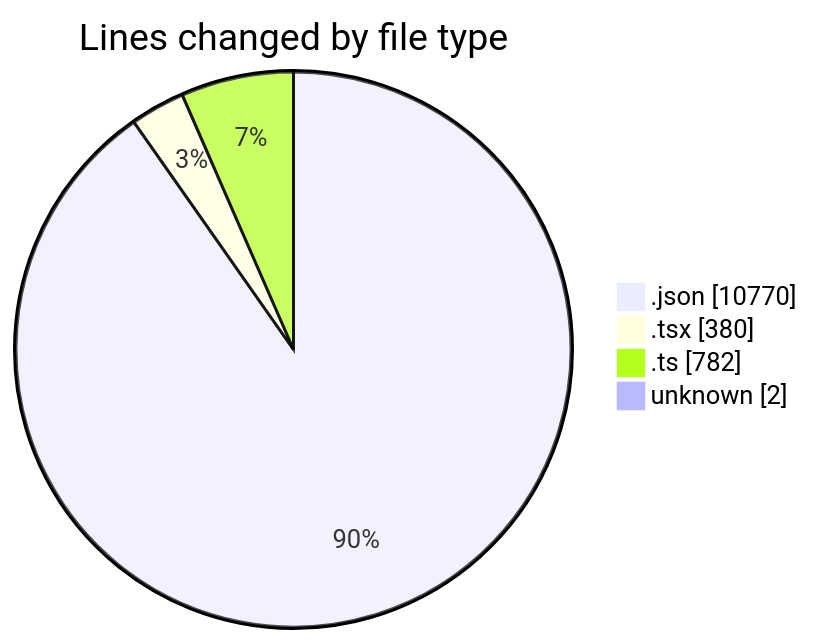
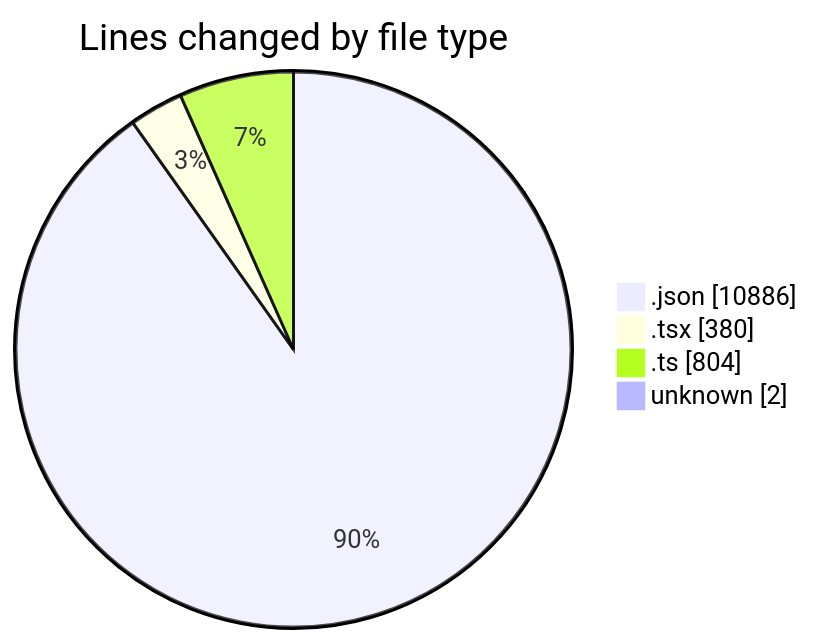
One commit to julien-gomy/code-tracking changed the first of 2 diagrams in 2025-11-19/eventscop-frontend-guide__workspace_/README.md. Above: the diagram before and after it, drawn with Mermaid. The commit also changed other lines of this file and 1 other file, not shown here.

````diff
--- a/2025-11-19/eventscop-frontend-guide__workspace_/README.md
+++ b/2025-11-19/eventscop-frontend-guide__workspace_/README.md
@@ -46,8 +46,8 @@
 ```mermaid
 pie showData
 title Lines changed by file type
-".json" : 10770
+".json" : 10886
 ".tsx" : 380
-".ts" : 782
+".ts" : 804
 "unknown" : 2
 ```
````
